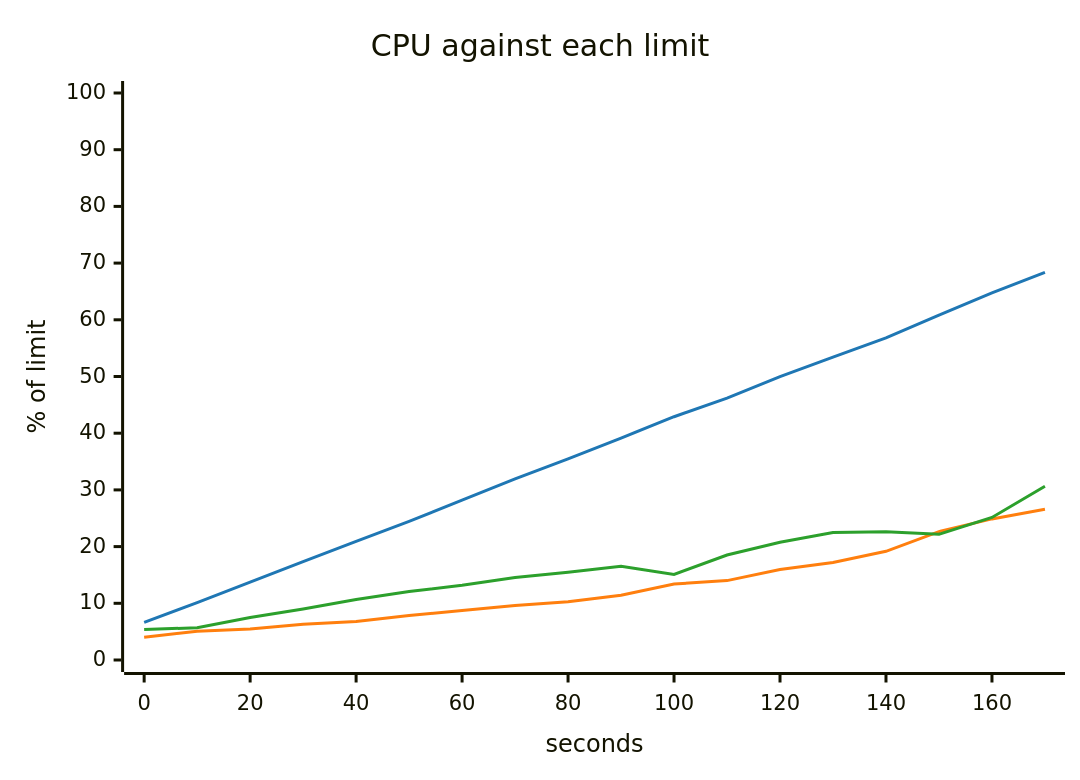
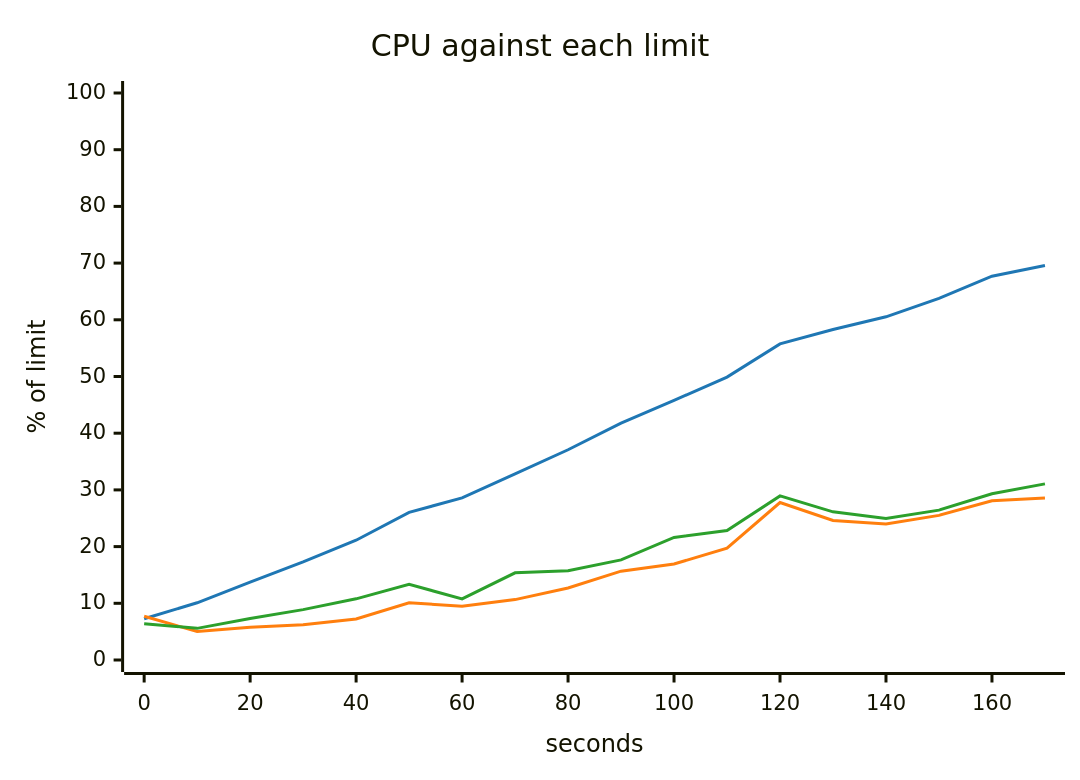
One commit to akinfemi/load-lore changed the fifth of 5 diagrams in scenarios/statement-day/solutions/provisioned-iops/report.md. Above: the diagram before and after it, drawn with Mermaid. The commit also changed other lines of this file and 125 other files, not shown here.

````diff
--- a/scenarios/statement-day/solutions/provisioned-iops/report.md
+++ b/scenarios/statement-day/solutions/provisioned-iops/report.md
@@ -92,16 +92,16 @@
 ```mermaid
 ---
 config:
   themeVariables:
     xyChart:
       backgroundColor: "transparent"
       plotColorPalette: "#1f77b4, #ff7f0e, #2ca02c"
 ---
 xychart-beta
     title "CPU against each limit"
     x-axis "seconds" 0 --> 170
     y-axis "% of limit" 0 --> 100
-    line [6.648, 10.118, 13.742, 17.368, 20.936, 24.444, 28.189, 31.938, 35.463, 39.144, 42.907, 46.173, 49.978, 53.413, 56.798, 60.827, 64.746, 68.357]
-    line [4.015, 5.078, 5.469, 6.312, 6.787, 7.858, 8.72, 9.622, 10.283, 11.409, 13.389, 14, 15.962, 17.2, 19.173, 22.636, 24.883, 26.584]
-    line [5.393, 5.682, 7.485, 9.013, 10.663, 12.077, 13.199, 14.532, 15.489, 16.545, 15.08, 18.524, 20.752, 22.468, 22.628, 22.182, 25.136, 30.646]
+    line [7.271, 10.089, 13.722, 17.29, 21.126, 26.034, 28.601, 32.807, 37.078, 41.781, 45.79, 49.895, 55.75, 58.278, 60.529, 63.767, 67.694, 69.564]
+    line [7.716, 5.028, 5.772, 6.228, 7.235, 10.087, 9.477, 10.651, 12.693, 15.667, 16.927, 19.74, 27.768, 24.606, 23.982, 25.507, 28.089, 28.58]
+    line [6.414, 5.581, 7.319, 8.888, 10.788, 13.347, 10.786, 15.382, 15.731, 17.652, 21.606, 22.837, 28.939, 26.135, 24.975, 26.433, 29.326, 31.062]
 ```
````
